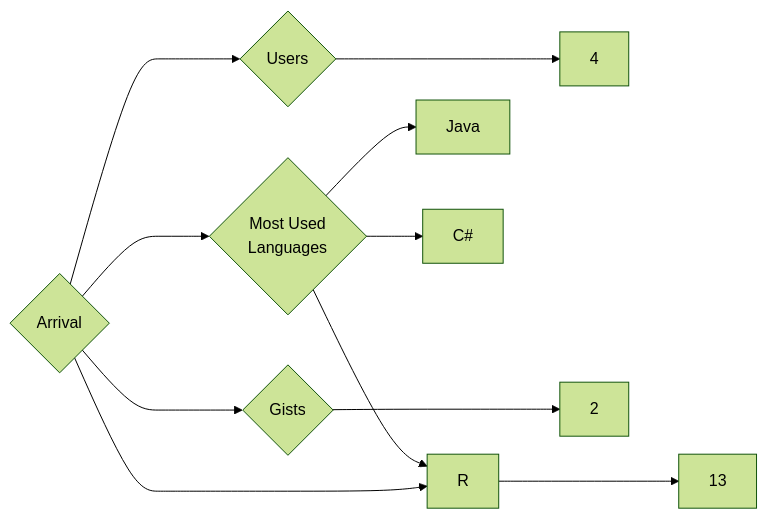
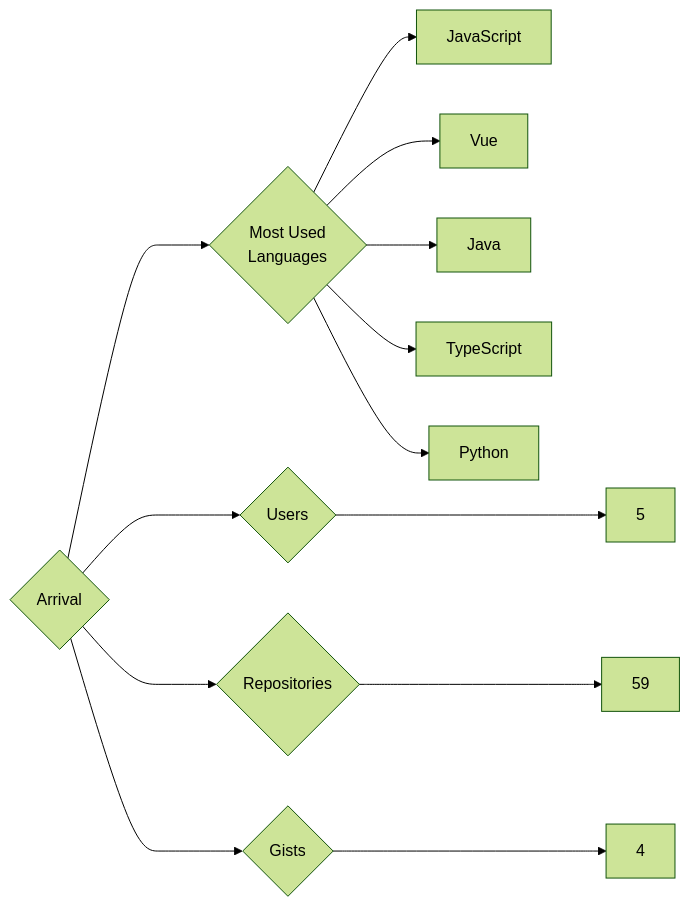
Before and after one commit to trickest/insiders: the diagram in targets/Arrival/README.md, drawn with Mermaid (forest theme). The commit also changed 736 other files, not shown here.

````diff
--- a/targets/Arrival/README.md
+++ b/targets/Arrival/README.md
@@ -3,11 +3,13 @@
 ```mermaid
 graph LR
 COMPANY_NAME{Arrival}
-COMPANY_NAME ---> U{Users} ---> UN[4]
-COMPANY_NAME ---> R{Repositories} ---> RN[13]
-COMPANY_NAME ---> G{Gists} ---> GN[2]
+COMPANY_NAME ---> U{Users} ---> UN[5]
+COMPANY_NAME ---> R{Repositories} ---> RN[59]
+COMPANY_NAME ---> G{Gists} ---> GN[4]
 COMPANY_NAME ---> ML{Most Used<br>Languages}
+ML --> JavaScript[JavaScript]
+ML --> Vue[Vue]
 ML --> Java[Java]
-ML --> R[R]
-ML --> C#[C#]
+ML --> TypeScript[TypeScript]
+ML --> Python[Python]
 ```
````
